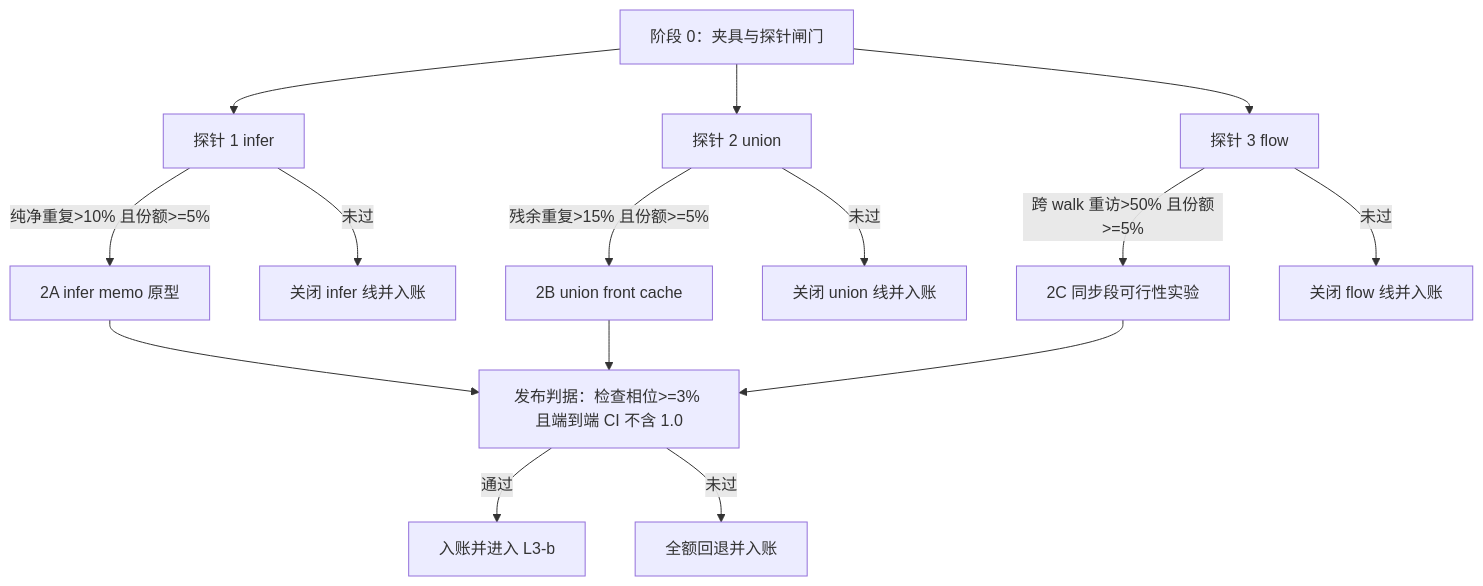
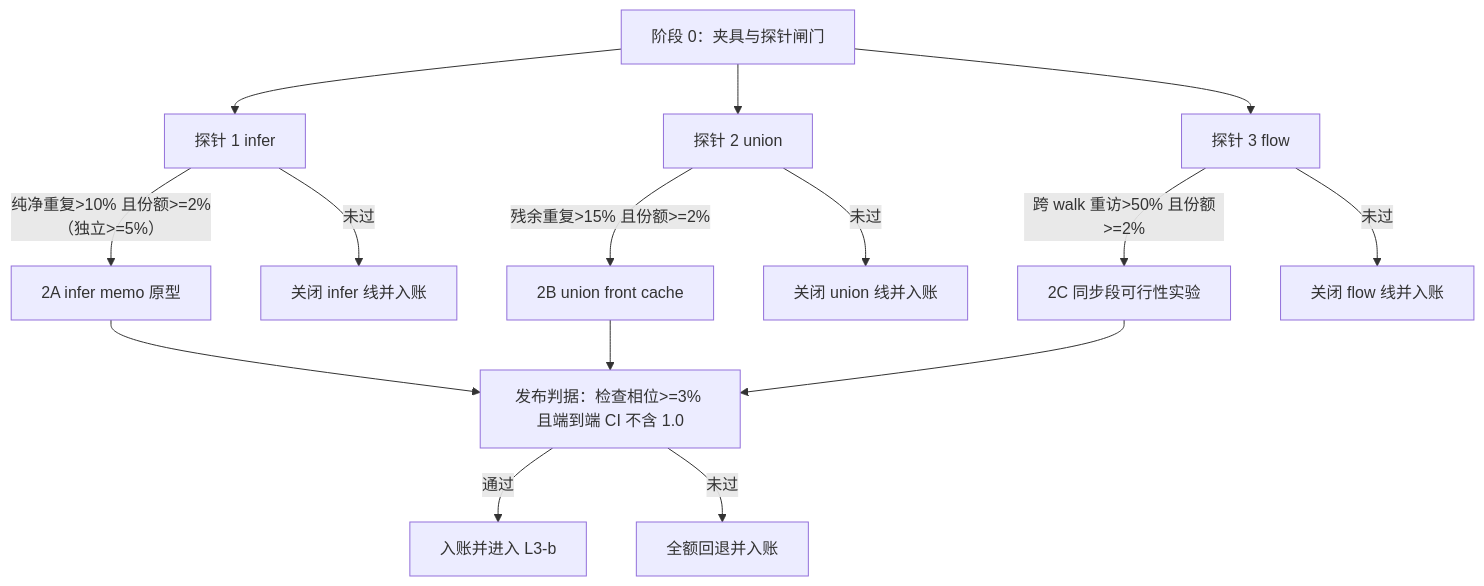
One commit to yuebo119/ts-csharp changed the diagram in docs/csharp-perf-plan-r40.md. Above: the diagram before and after it, drawn with Mermaid. The commit also changed other lines of this file and 2 other files, not shown here.

````diff
--- a/docs/csharp-perf-plan-r40.md
+++ b/docs/csharp-perf-plan-r40.md
@@ -197,17 +197,17 @@
 ```mermaid
 flowchart TD
     A[阶段 0：夹具与探针闸门] --> B1[探针 1 infer]
     A --> B2[探针 2 union]
     A --> B3[探针 3 flow]
-    B1 -->|纯净重复>10% 且份额>=5%| C1[2A infer memo 原型]
+    B1 -->|纯净重复>10% 且份额>=2%（独立>=5%）| C1[2A infer memo 原型]
     B1 -->|未过| D1[关闭 infer 线并入账]
-    B2 -->|残余重复>15% 且份额>=5%| C2[2B union front cache]
+    B2 -->|残余重复>15% 且份额>=2%| C2[2B union front cache]
     B2 -->|未过| D2[关闭 union 线并入账]
-    B3 -->|跨 walk 重访>50% 且份额>=5%| C3[2C 同步段可行性实验]
+    B3 -->|跨 walk 重访>50% 且份额>=2%| C3[2C 同步段可行性实验]
     B3 -->|未过| D3[关闭 flow 线并入账]
     C1 --> E[发布判据：检查相位>=3% 且端到端 CI 不含 1.0]
     C2 --> E
     C3 --> E
     E -->|通过| F[入账并进入 L3-b]
     E -->|未过| G[全额回退并入账]
 ```
````
